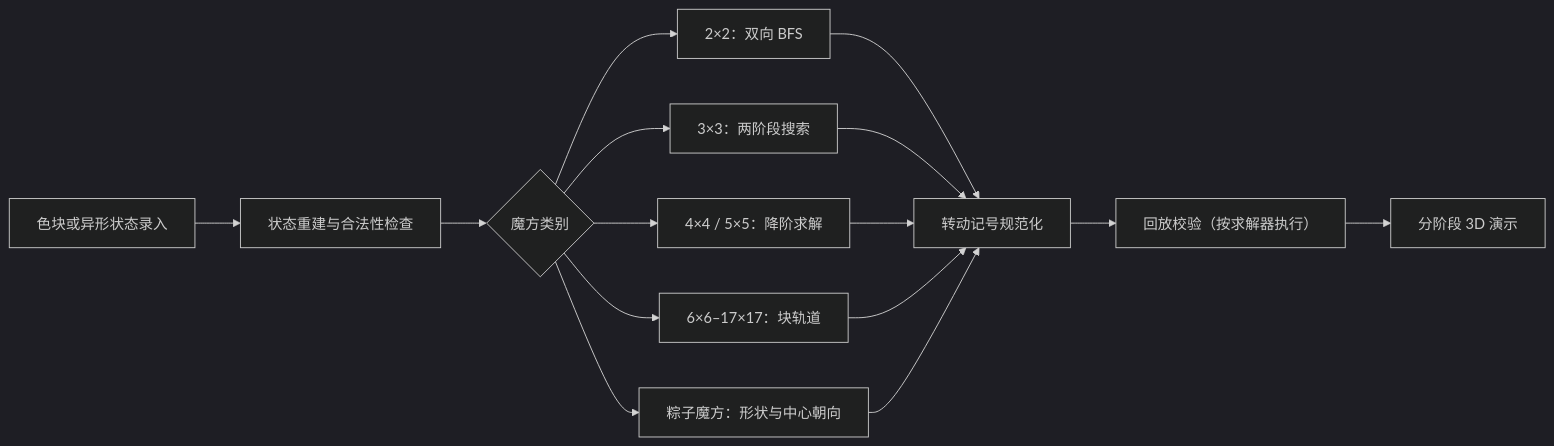
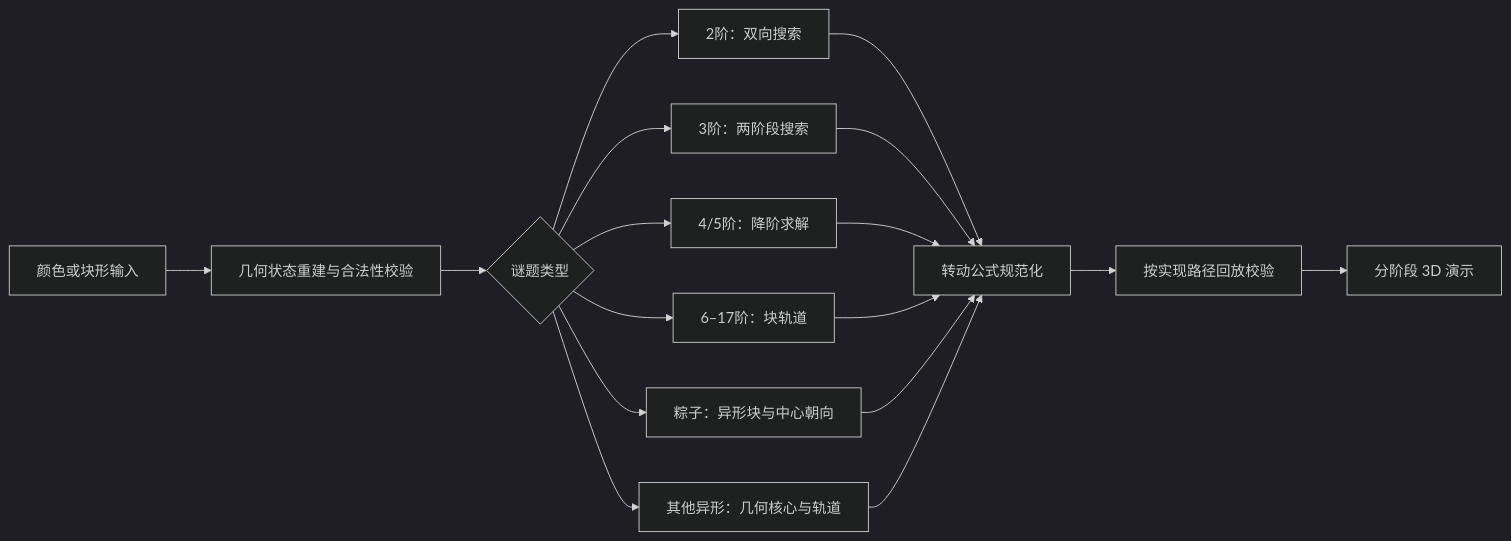
The diagram in README.zh-CN.md (coco54-beep/cube-solver), drawn with Mermaid (dark theme) before and after one commit. The commit also changed other lines of this file and 2 other files, not shown here.

````diff
--- a/README.zh-CN.md
+++ b/README.zh-CN.md
@@ -51,17 +53,19 @@
 ```mermaid
 flowchart LR
-    A[色块或异形状态录入] --> B[状态重建与合法性检查]
-    B --> C{魔方类别}
-    C --> D[2×2：双向 BFS]
-    C --> E[3×3：两阶段搜索]
-    C --> F[4×4 / 5×5：降阶求解]
-    C --> G[6×6–17×17：块轨道]
-    C --> H[粽子魔方：形状与中心朝向]
-    D --> I[转动记号规范化]
-    E --> I
-    F --> I
-    G --> I
-    H --> I
-    I --> J[回放校验（按求解器执行）]
-    J --> K[分阶段 3D 演示]
+    A[颜色或块形输入] --> B[几何状态重建与合法性校验]
+    B --> C{谜题类型}
+    C --> D[2阶：双向搜索]
+    C --> E[3阶：两阶段搜索]
+    C --> F[4/5阶：降阶求解]
+    C --> G[6–17阶：块轨道]
+    C --> H[粽子：异形块与中心朝向]
+    C --> I[其他异形：几何核心与轨道]
+    D --> J[转动公式规范化]
+    E --> J
+    F --> J
+    G --> J
+    H --> J
+    I --> J
+    J --> K[按实现路径回放校验]
+    K --> L[分阶段 3D 演示]
 ```
````
